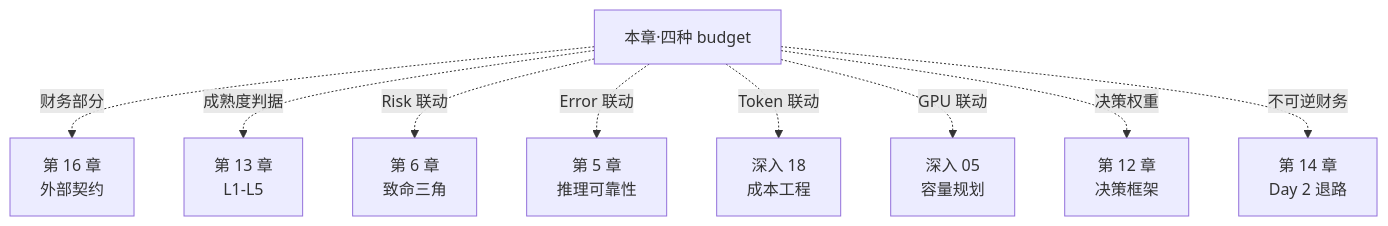
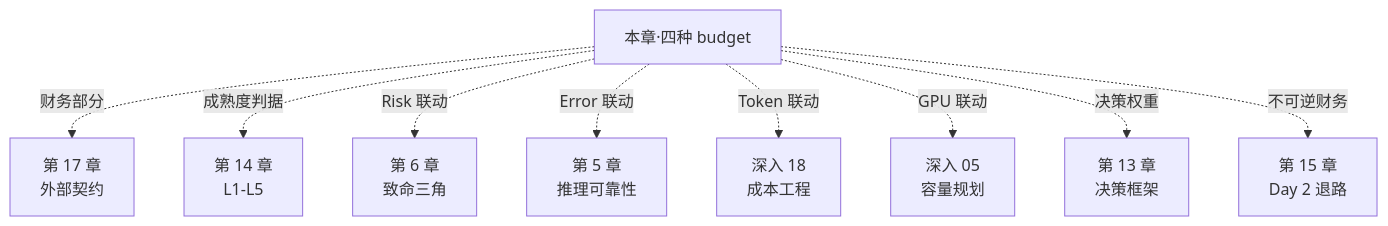
Before and after one commit to oh-my-vibe-coding/ai-reliability-architecture: the third of 3 diagrams in 架构/06-预算治理.md, drawn with Mermaid. The commit also changed other lines of this file and 51 other files, not shown here.

First line of the commit message:
release: v1.12.0 — 新增第 7 章《从链到图》+ 深入 29 + 全书重编号

````diff
--- a/架构/06-预算治理.md
+++ b/架构/06-预算治理.md
@@ -317,11 +317,11 @@
 ```mermaid
 flowchart TB
-    A6[本章·四种 budget] -.财务部分.-> A7[第 16 章<br/>外部契约]
-    A6 -.成熟度判据.-> A4[第 13 章<br/>L1-L5]
+    A6[本章·四种 budget] -.财务部分.-> A7[第 17 章<br/>外部契约]
+    A6 -.成熟度判据.-> A4[第 14 章<br/>L1-L5]
     A6 -.Risk 联动.-> K6[第 6 章<br/>致命三角]
     A6 -.Error 联动.-> K5[第 5 章<br/>推理可靠性]
     A6 -.Token 联动.-> D18[深入 18<br/>成本工程]
     A6 -.GPU 联动.-> D5[深入 05<br/>容量规划]
-    A6 -.决策权重.-> A3[第 12 章<br/>决策框架]
-    A6 -.不可逆财务.-> A5[第 14 章<br/>Day 2 退路]
+    A6 -.决策权重.-> A3[第 13 章<br/>决策框架]
+    A6 -.不可逆财务.-> A5[第 15 章<br/>Day 2 退路]
 ```
````
